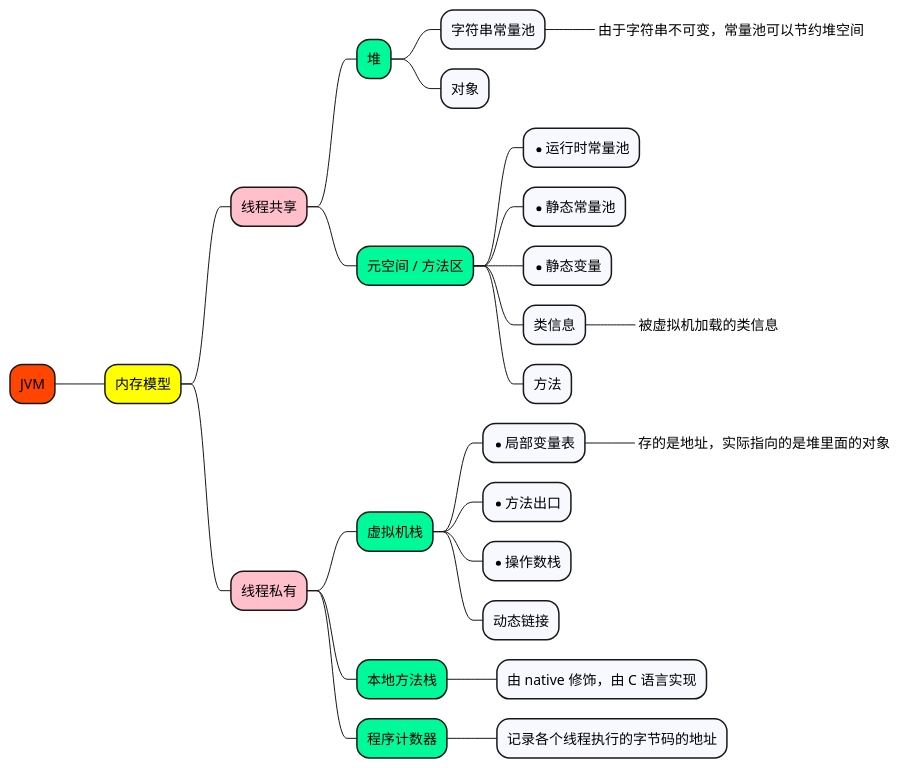
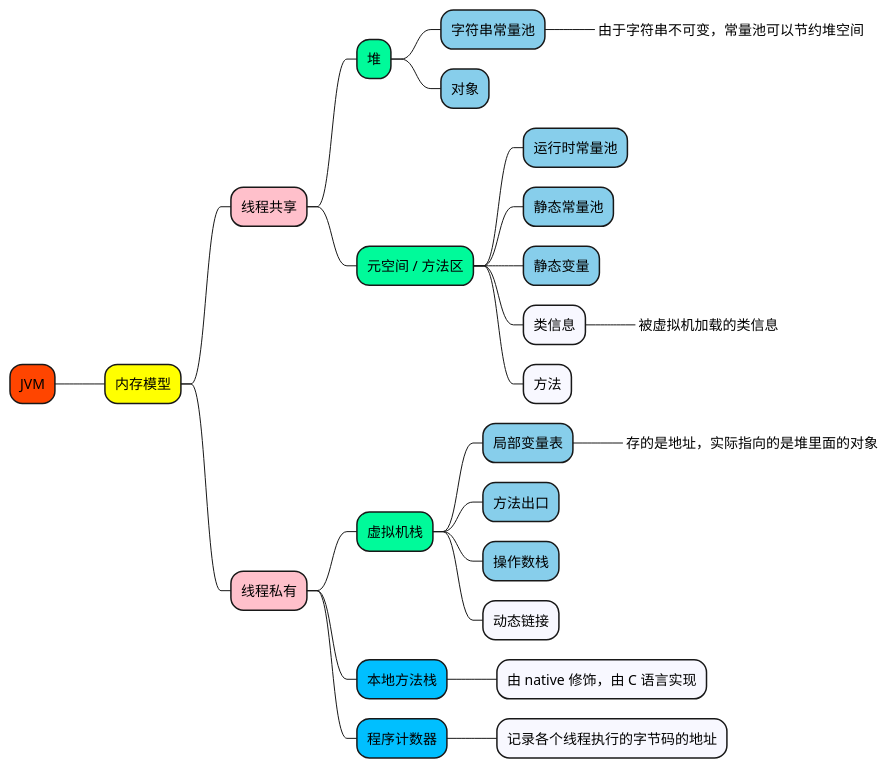
The diagram in 2_note/java/JVM/JVM-内存模型.puml (doveg/self-cultivation-of-a-software-engineer), drawn with PlantUML before and after one commit. The commit also changed 3 other files, not shown here.

```diff
--- a/2_note/java/JVM/JVM-内存模型.puml
+++ b/2_note/java/JVM/JVM-内存模型.puml
@@ -1,44 +1,42 @@
 @startmindmap
 
 +[#OrangeRed] JVM
 
 ++[#yellow] 内存模型
 
 +++[#Pink] 线程共享
 
-
 ++++[#MediumSpringGreen] 堆
 
-+++++[#GhostWhite] 字符串常量池
++++++[#SkyBlue] 字符串常量池
 ++++++_ 由于字符串不可变，常量池可以节约堆空间
-
-+++++[#GhostWhite] 对象
++++++[#SkyBlue] 对象
 
 
 ++++[#MediumSpringGreen] 元空间 / 方法区
 
-+++++[#GhostWhite] *运行时常量池
-+++++[#GhostWhite] *静态常量池
-+++++[#GhostWhite] *静态变量
++++++[#SkyBlue] 运行时常量池
++++++[#SkyBlue] 静态常量池
++++++[#SkyBlue] 静态变量
 +++++[#GhostWhite] 类信息
 ++++++[#MediumSpringGreen]_ 被虚拟机加载的类信息
 +++++[#GhostWhite] 方法
 
 
 +++[#Pink] 线程私有
 
 ++++[#MediumSpringGreen] 虚拟机栈
-+++++[#GhostWhite] *局部变量表
++++++[#SkyBlue] 局部变量表
 ++++++[#MediumSpringGreen]_ 存的是地址，实际指向的是堆里面的对象
-+++++[#GhostWhite] *方法出口
-+++++[#GhostWhite] *操作数栈
++++++[#SkyBlue] 方法出口
++++++[#SkyBlue] 操作数栈
 +++++[#GhostWhite] 动态链接
 
-++++[#MediumSpringGreen] 本地方法栈
+++++[#DeepSkyBlue] 本地方法栈
 +++++[#GhostWhite] 由 native 修饰，由 C 语言实现
 
-++++[#MediumSpringGreen] 程序计数器
+++++[#DeepSkyBlue] 程序计数器
 +++++[#GhostWhite] 记录各个线程执行的字节码的地址
 
 
 @endmindmap
```
